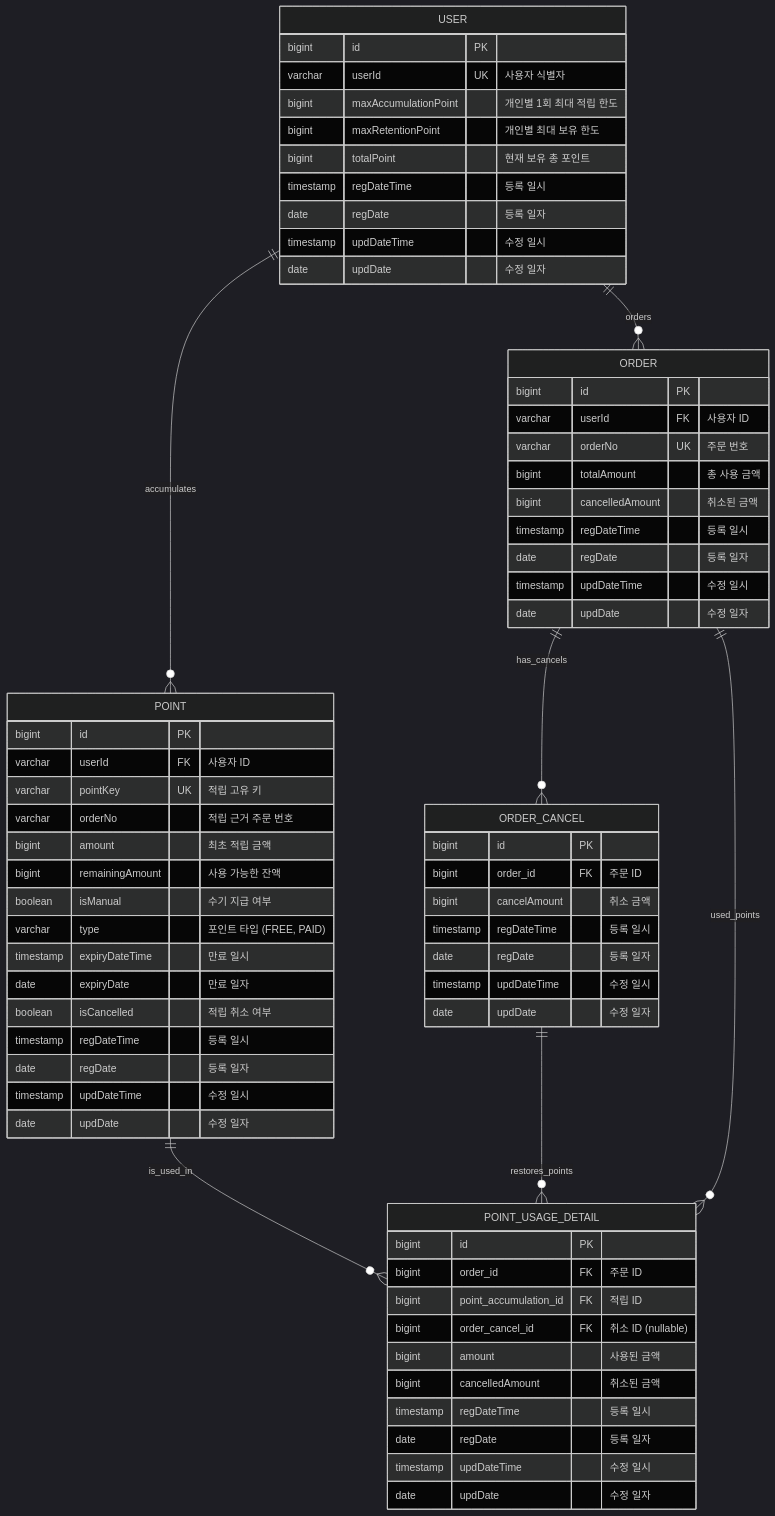
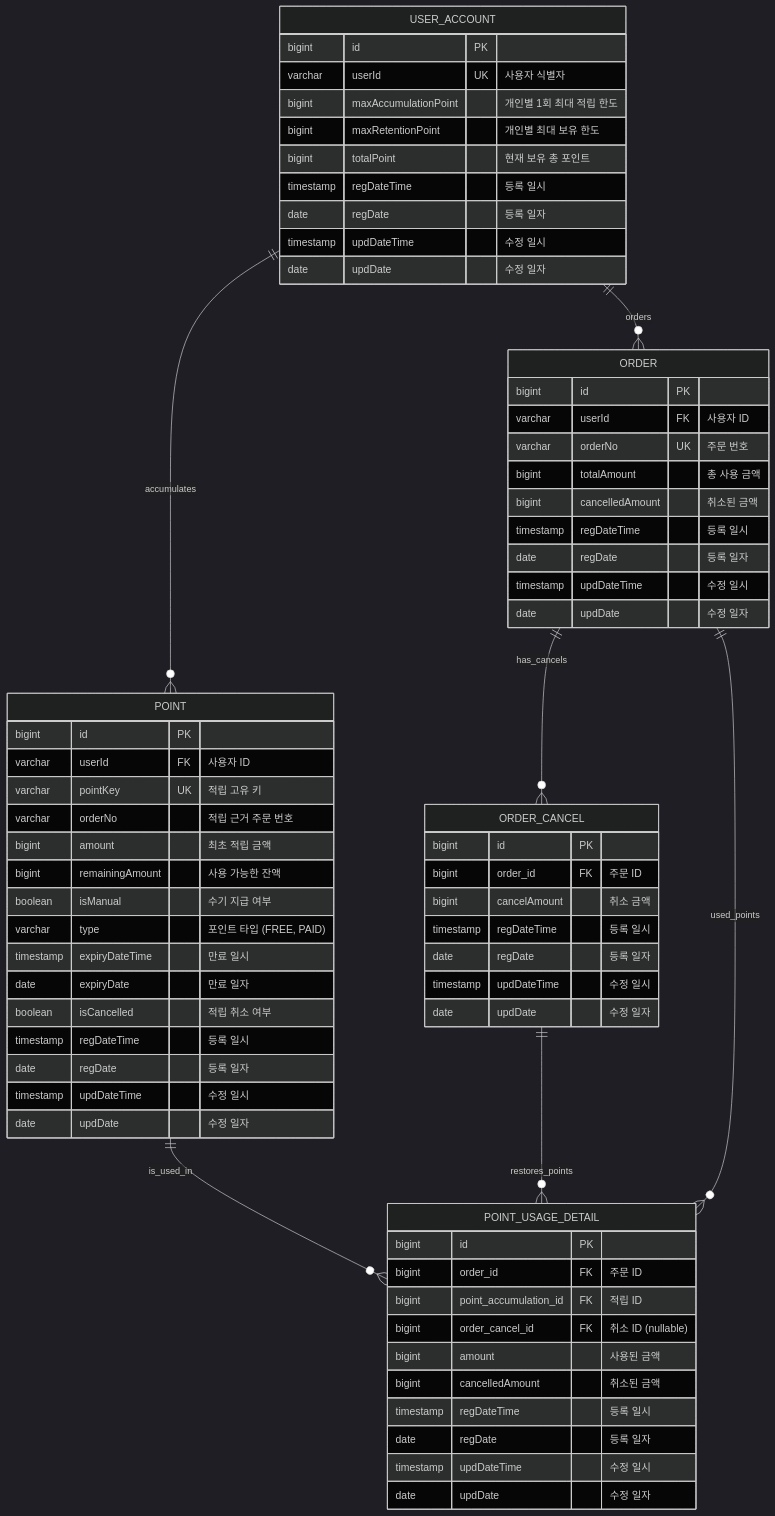
The diagram in docs/데이터베이스 설계.md (muzzaiwork/point), drawn with Mermaid (dark theme) before and after one commit. The commit also changed other lines of this file and 15 other files, not shown here.

Commit message:
Rename User and UserRepository to UserAccount and UserAccountRepository

````diff
--- a/docs/데이터베이스 설계.md
+++ b/docs/데이터베이스 설계.md
@@ -5,74 +5,74 @@
 ```mermaid
 erDiagram
-    USER ||--o{ POINT : "accumulates"
-    USER ||--o{ ORDER : "orders"
+    USER_ACCOUNT ||--o{ POINT : "accumulates"
+    USER_ACCOUNT ||--o{ ORDER : "orders"
     ORDER ||--o{ ORDER_CANCEL : "has_cancels"
     ORDER ||--o{ POINT_USAGE_DETAIL : "used_points"
     POINT ||--o{ POINT_USAGE_DETAIL : "is_used_in"
     ORDER_CANCEL ||--o{ POINT_USAGE_DETAIL : "restores_points"
 
-    USER {
+    USER_ACCOUNT {
         bigint id PK
         varchar userId UK "사용자 식별자"
         bigint maxAccumulationPoint "개인별 1회 최대 적립 한도"
         bigint maxRetentionPoint "개인별 최대 보유 한도"
         bigint totalPoint "현재 보유 총 포인트"
         timestamp regDateTime "등록 일시"
         date regDate "등록 일자"
         timestamp updDateTime "수정 일시"
         date updDate "수정 일자"
     }
 
     POINT {
         bigint id PK
         varchar userId FK "사용자 ID"
         varchar pointKey UK "적립 고유 키"
         varchar orderNo "적립 근거 주문 번호"
         bigint amount "최초 적립 금액"
         bigint remainingAmount "사용 가능한 잔액"
         boolean isManual "수기 지급 여부"
         varchar type "포인트 타입 (FREE, PAID)"
         timestamp expiryDateTime "만료 일시"
         date expiryDate "만료 일자"
         boolean isCancelled "적립 취소 여부"
         timestamp regDateTime "등록 일시"
         date regDate "등록 일자"
         timestamp updDateTime "수정 일시"
         date updDate "수정 일자"
     }
 
     ORDER {
         bigint id PK
         varchar userId FK "사용자 ID"
         varchar orderNo UK "주문 번호"
         bigint totalAmount "총 사용 금액"
         bigint cancelledAmount "취소된 금액"
         timestamp regDateTime "등록 일시"
         date regDate "등록 일자"
         timestamp updDateTime "수정 일시"
         date updDate "수정 일자"
     }
 
     ORDER_CANCEL {
         bigint id PK
         bigint order_id FK "주문 ID"
         bigint cancelAmount "취소 금액"
         timestamp regDateTime "등록 일시"
         date regDate "등록 일자"
         timestamp updDateTime "수정 일시"
         date updDate "수정 일자"
     }
 
     POINT_USAGE_DETAIL {
         bigint id PK
         bigint order_id FK "주문 ID"
         bigint point_accumulation_id FK "적립 ID"
         bigint order_cancel_id FK "취소 ID (nullable)"
         bigint amount "사용된 금액"
         bigint cancelledAmount "취소된 금액"
         timestamp regDateTime "등록 일시"
         date regDate "등록 일자"
         timestamp updDateTime "수정 일시"
         date updDate "수정 일자"
     }
 ```
````
